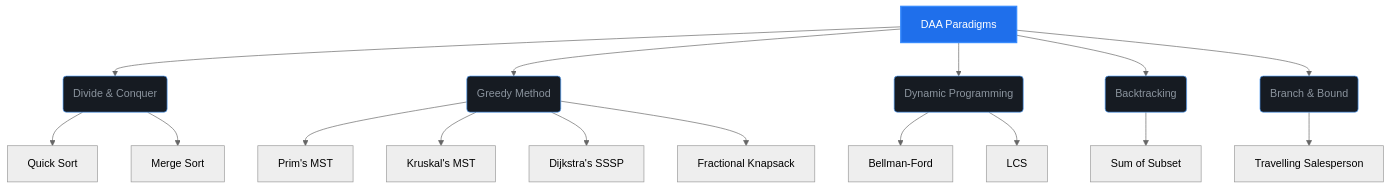
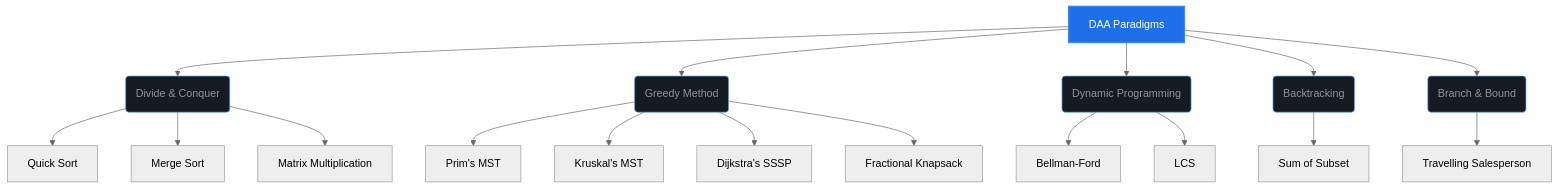
One commit to Sameerkaradbhajne/codetantra-DAA-codes changed the diagram in README.md. Above: the diagram before and after it, drawn with Mermaid (neutral theme). The commit also changed other lines of this file and 1 other file, not shown here.

Commit message:
Add solution for 1.1.8 Matrix Multiplication and update README

````diff
--- a/README.md
+++ b/README.md
@@ -360,26 +374,27 @@
 ```mermaid
 graph TD
     A[DAA Paradigms] --> B(Divide & Conquer)
     A --> C(Greedy Method)
     A --> D(Dynamic Programming)
     A --> E(Backtracking)
     A --> F(Branch & Bound)
 
     B --> B1[Quick Sort]
     B --> B2[Merge Sort]
+    B --> B3[Matrix Multiplication]
     C --> C1[Prim's MST]
     C --> C2[Kruskal's MST]
     C --> C3[Dijkstra's SSSP]
     C --> C4[Fractional Knapsack]
     D --> D1[Bellman-Ford]
     D --> D2[LCS]
     E --> E1[Sum of Subset]
     F --> F1[Travelling Salesperson]
 
     style A fill:#1f6feb,stroke:#388bfd,stroke-width:2px,color:#fff
     style B fill:#161b22,stroke:#58a6ff,stroke-width:1px,color:#8b949e
     style C fill:#161b22,stroke:#58a6ff,stroke-width:1px,color:#8b949e
     style D fill:#161b22,stroke:#58a6ff,stroke-width:1px,color:#8b949e
     style E fill:#161b22,stroke:#58a6ff,stroke-width:1px,color:#8b949e
     style F fill:#161b22,stroke:#58a6ff,stroke-width:1px,color:#8b949e
 ```
````
